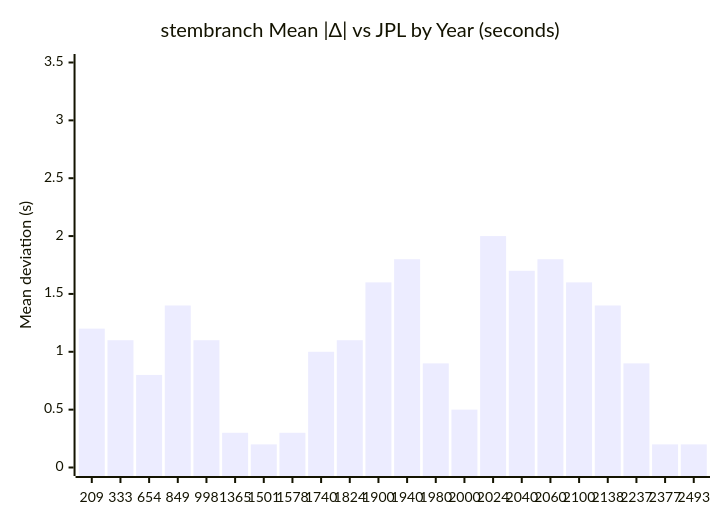
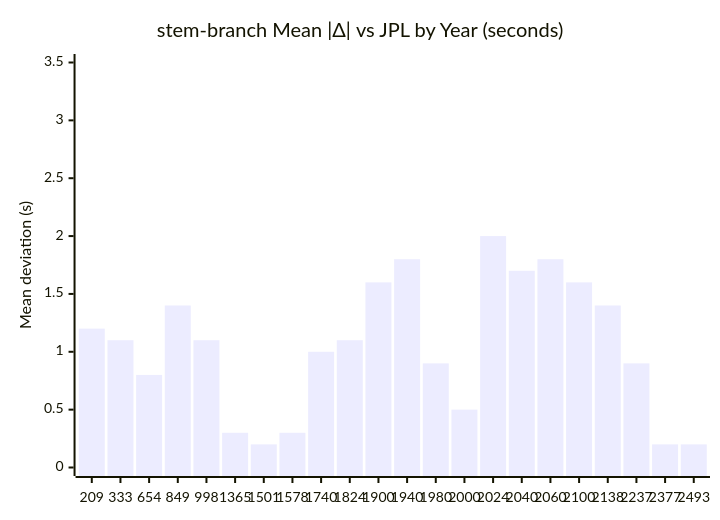
One commit to h4x0r/stembranch changed the first of 4 diagrams in docs/accuracy.md. Above: the diagram before and after it, drawn with Mermaid. The commit also changed other lines of this file and 13 other files, not shown here.

First line of the commit message:
chore: rename package to stem-branch

````diff
--- a/docs/accuracy.md
+++ b/docs/accuracy.md
@@ -167,7 +167,7 @@
 ```mermaid
 xychart-beta
-  title "stembranch Mean |Δ| vs JPL by Year (seconds)"
+  title "stem-branch Mean |Δ| vs JPL by Year (seconds)"
   x-axis ["209", "333", "654", "849", "998", "1365", "1501", "1578", "1740", "1824", "1900", "1940", "1980", "2000", "2024", "2040", "2060", "2100", "2138", "2237", "2377", "2493"]
   y-axis "Mean deviation (s)" 0 --> 3.5
   bar [1.2, 1.1, 0.8, 1.4, 1.1, 0.3, 0.2, 0.3, 1.0, 1.1, 1.6, 1.8, 0.9, 0.5, 2.0, 1.7, 1.8, 1.6, 1.4, 0.9, 0.2, 0.2]
 ```
````
